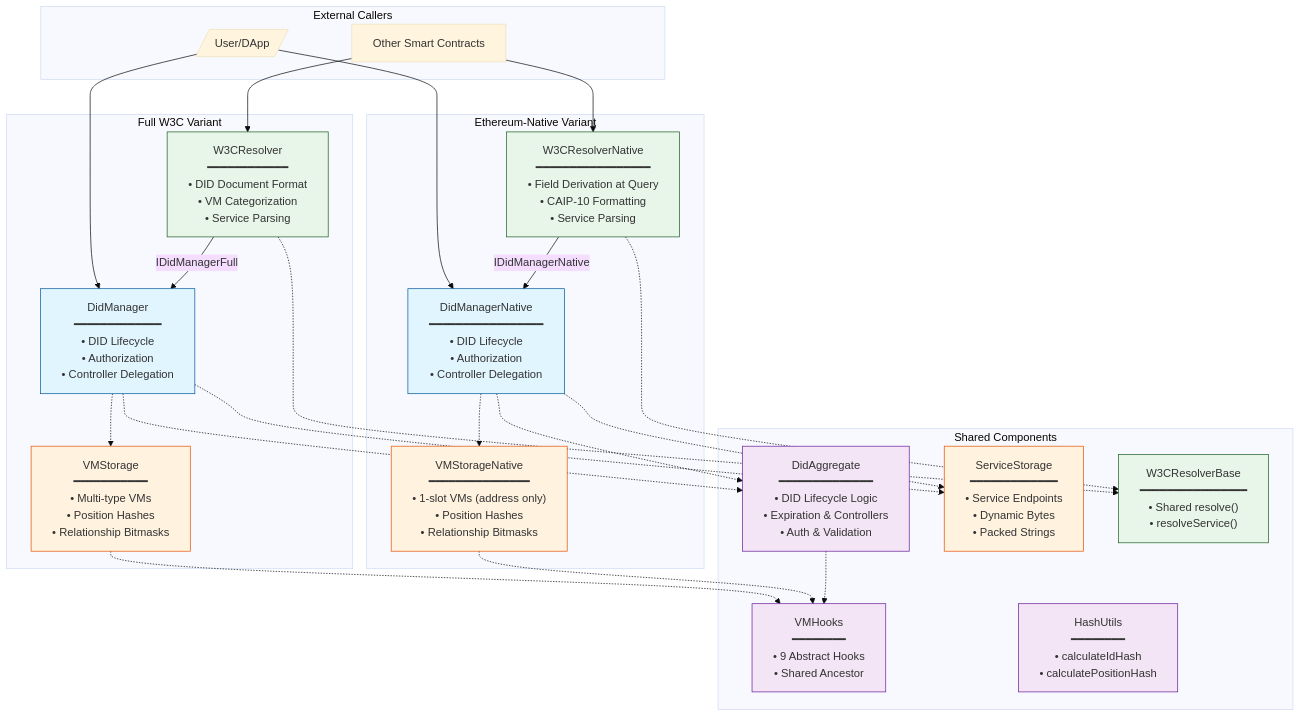
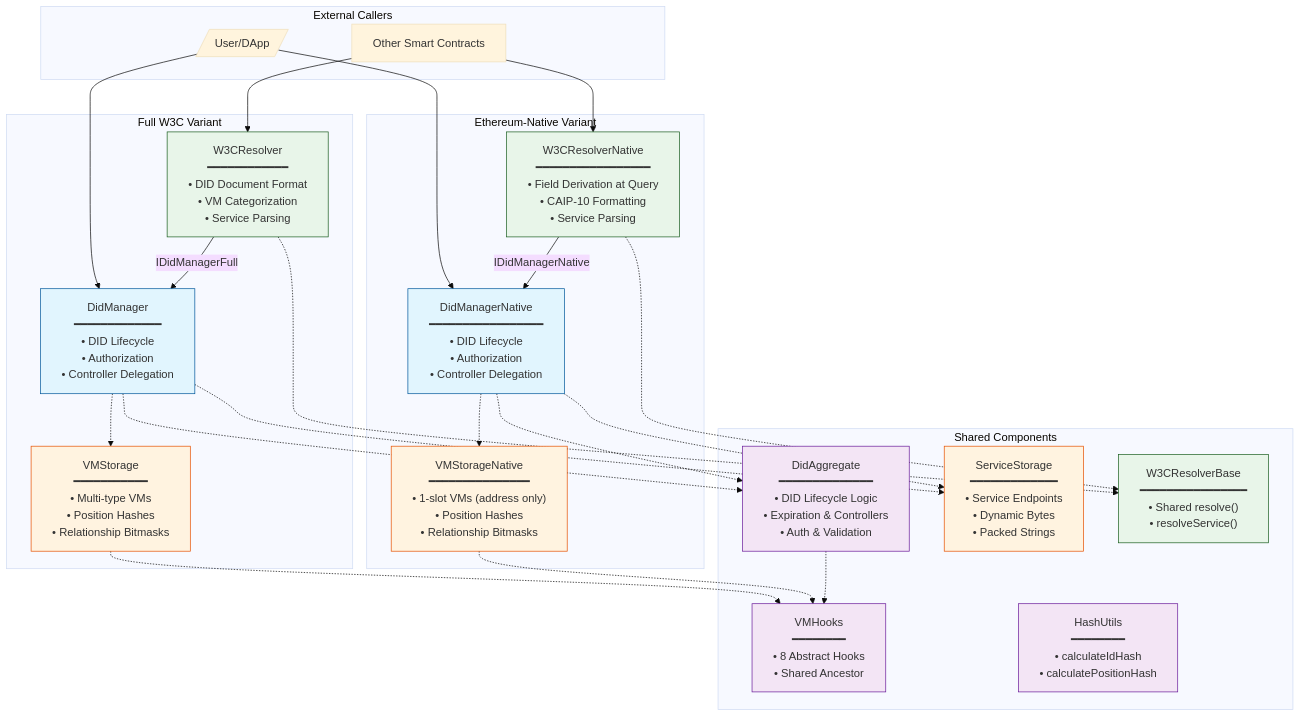
One commit to MiguelLZPF/SSIoBC-did changed the second of 10 diagrams in PROJECT.md. Above: the diagram before and after it, drawn with Mermaid (base theme). The commit also changed other lines of this file and 48 other files, not shown here.

```diff
--- a/PROJECT.md
+++ b/PROJECT.md
@@ -326,7 +325,7 @@
 
         VMH["VMHooks
         ━━━━━━━━
-        • 9 Abstract Hooks
+        • 8 Abstract Hooks
         • Shared Ancestor"]
 
         SS["ServiceStorage
```
